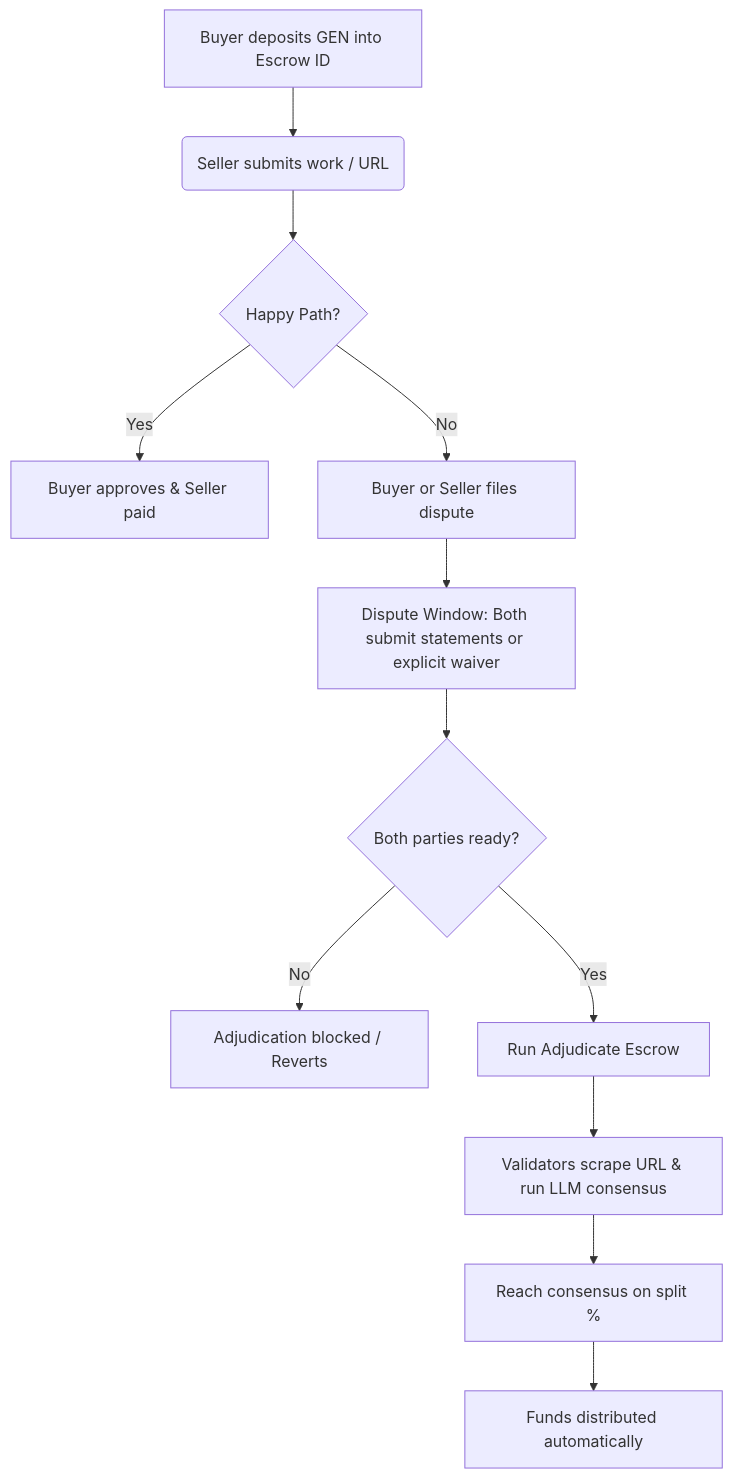
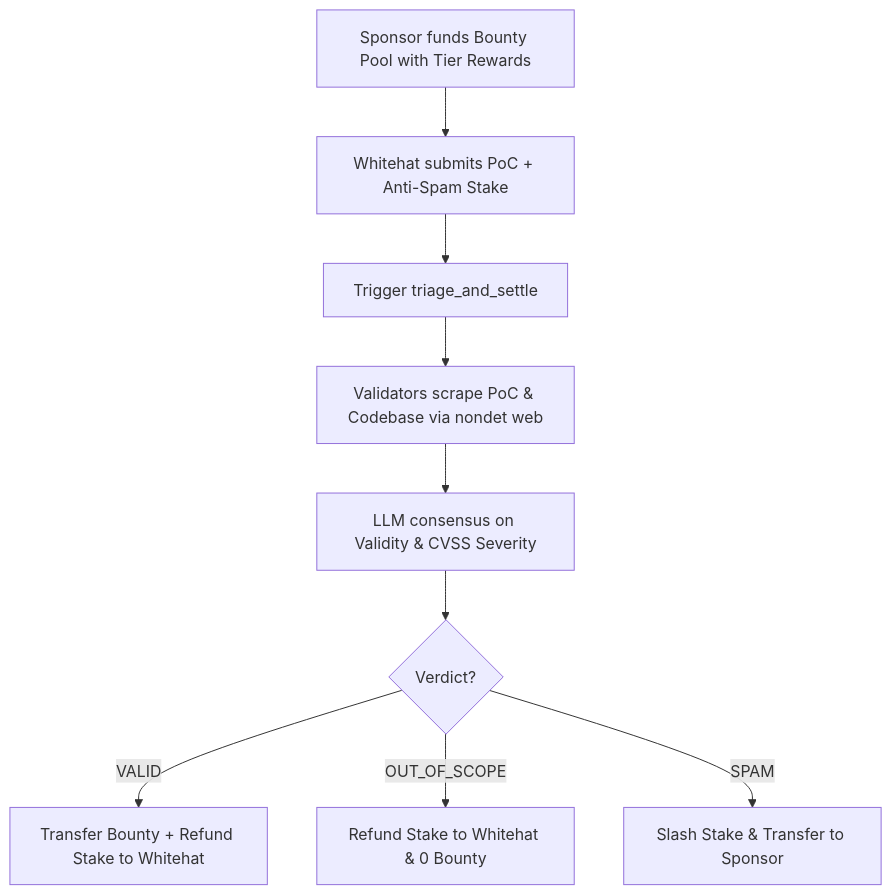
Before and after one commit to earnadvise/genlayer-escrow-dapp: the diagram in README.md, drawn with Mermaid. The commit also changed other lines of this file and 2 other files, not shown here.

Commit message:
feat(primitive): add AutonomousBountyOracle Intelligent Contract primitive with unit tests

````diff
--- a/README.md
+++ b/README.md
@@ -25,14 +31,11 @@
 ```mermaid
 graph TD
-    A[Buyer deposits GEN into Escrow ID] --> B(Seller submits work / URL)
-    B --> C{Happy Path?}
-    C -- Yes --> D[Buyer approves & Seller paid]
-    C -- No --> E[Buyer or Seller files dispute]
-    E --> F[Dispute Window: Both submit statements or explicit waiver]
-    F --> G{Both parties ready?}
-    G -- No --> H[Adjudication blocked / Reverts]
-    G -- Yes --> I[Run Adjudicate Escrow]
-    I --> J[Validators scrape URL & run LLM consensus]
-    J --> K[Reach consensus on split %]
-    K --> L[Funds distributed automatically]
+    A[Sponsor funds Bounty Pool with Tier Rewards] --> B[Whitehat submits PoC + Anti-Spam Stake]
+    B --> C[Trigger triage_and_settle]
+    C --> D[Validators scrape PoC & Codebase via nondet web]
+    D --> E[LLM consensus on Validity & CVSS Severity]
+    E --> F{Verdict?}
+    F -- VALID --> G[Transfer Bounty + Refund Stake to Whitehat]
+    F -- OUT_OF_SCOPE --> H[Refund Stake to Whitehat & 0 Bounty]
+    F -- SPAM --> I[Slash Stake & Transfer to Sponsor]
 ```
````
